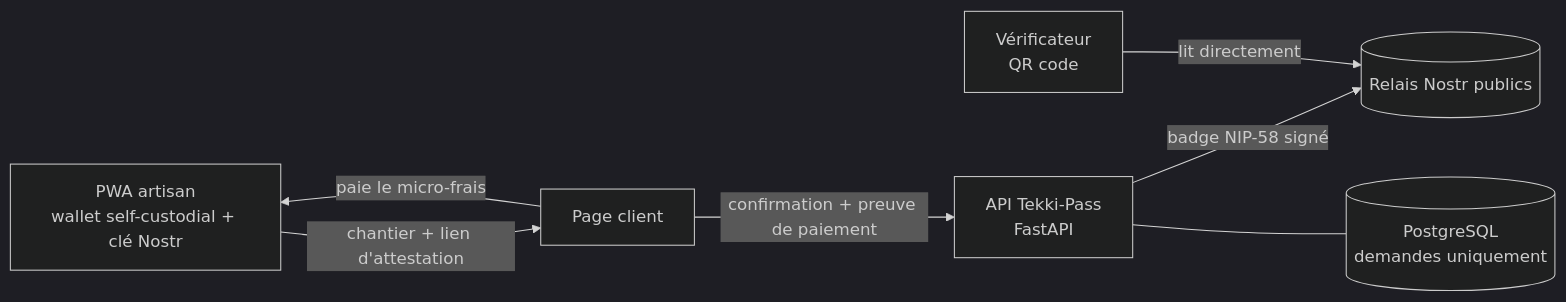
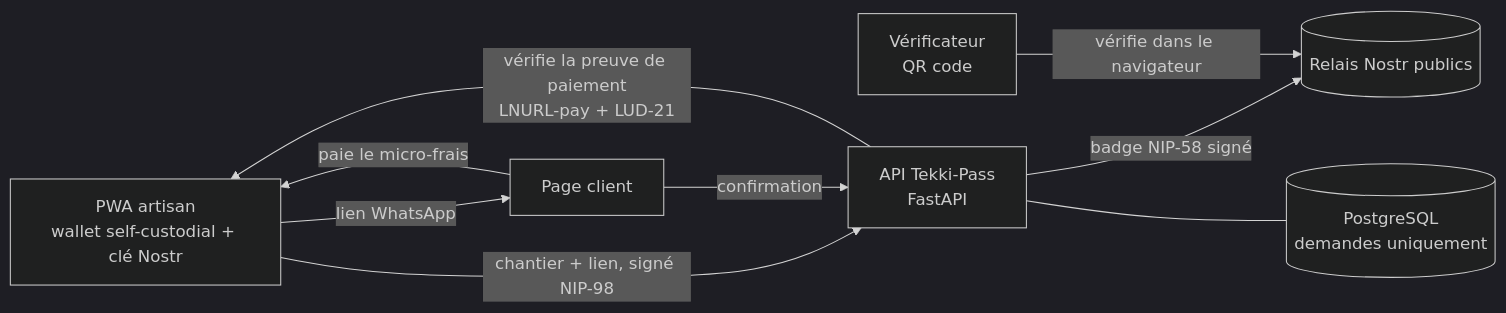
The diagram in README.fr.md (NdeyePendaSarr/Tekki-Pass), drawn with Mermaid (dark theme) before and after one commit. The commit also changed other lines of this file and 1 other file, not shown here.

````diff
--- a/README.fr.md
+++ b/README.fr.md
@@ -48,9 +53,11 @@
 ```mermaid
 flowchart LR
-  A[PWA artisan<br/>wallet self-custodial + clé Nostr] -- chantier + lien d'attestation --> C[Page client]
+  A[PWA artisan<br/>wallet self-custodial + clé Nostr] -- chantier + lien, signé NIP-98 --> API[API Tekki-Pass<br/>FastAPI]
+  A -- lien WhatsApp --> C[Page client]
   C -- paie le micro-frais --> A
-  C -- confirmation + preuve de paiement --> API[API Tekki-Pass<br/>FastAPI]
+  C -- confirmation --> API
+  API -- vérifie la preuve de paiement<br/>LNURL-pay + LUD-21 --> A
   API -- badge NIP-58 signé --> R[(Relais Nostr publics)]
-  V[Vérificateur<br/>QR code] -- lit directement --> R
+  V[Vérificateur<br/>QR code] -- vérifie dans le navigateur --> R
   API --- DB[(PostgreSQL<br/>demandes uniquement)]
 ```
````
